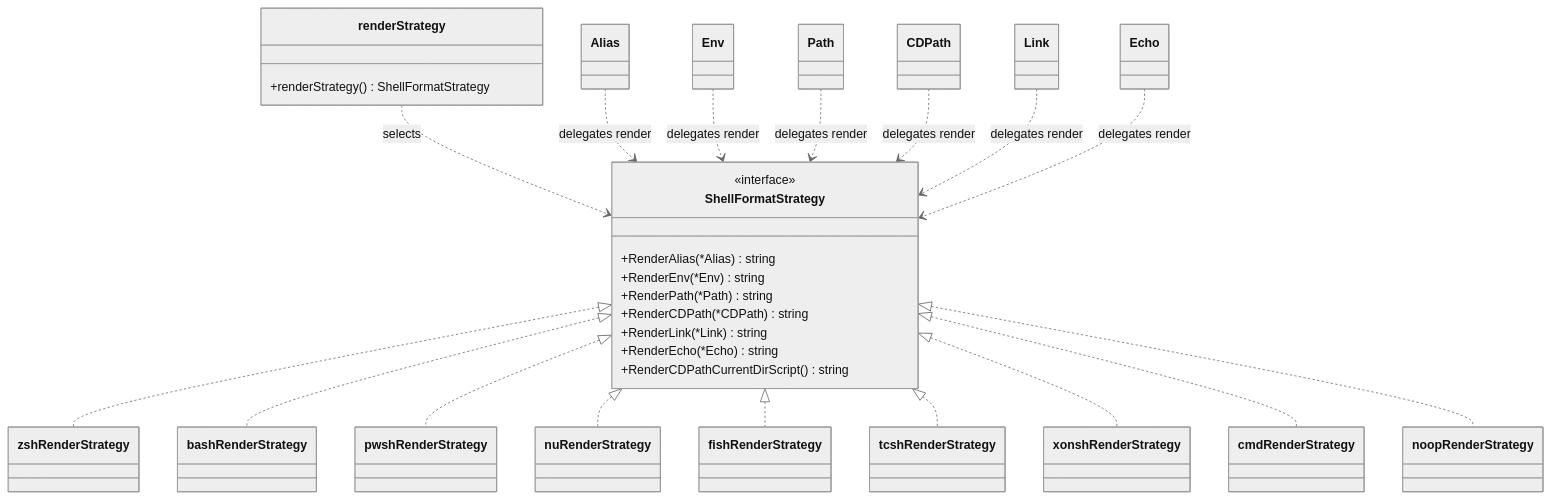
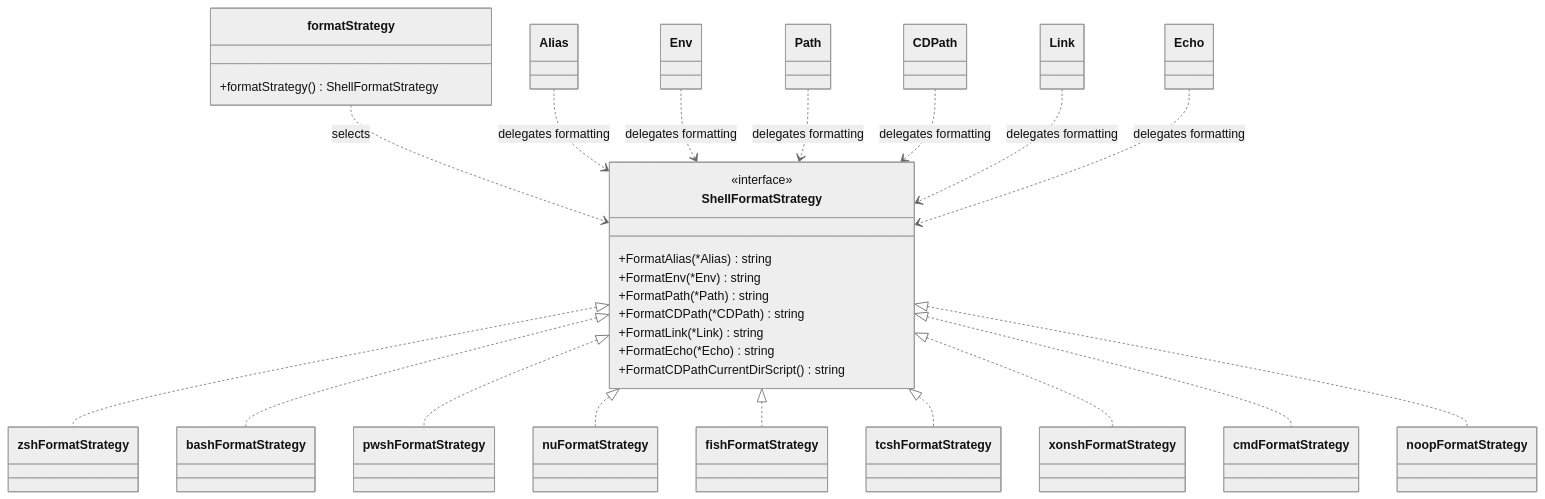
Before and after one commit to trajano/aliae: the first of 2 diagrams in website/docs/introduction.mdx, drawn with Mermaid (neutral theme). The commit also changed 17 other files, not shown here.

Commit message:
refactor: move shell formatting into format strategies

````diff
--- a/website/docs/introduction.mdx
+++ b/website/docs/introduction.mdx
@@ -83,52 +83,52 @@
 ```mermaid
 classDiagram
-    class renderStrategy {
-      +renderStrategy() ShellFormatStrategy
+    class formatStrategy {
+      +formatStrategy() ShellFormatStrategy
     }
 
     class ShellFormatStrategy {
       <<interface>>
-      +RenderAlias(*Alias) string
-      +RenderEnv(*Env) string
-      +RenderPath(*Path) string
-      +RenderCDPath(*CDPath) string
-      +RenderLink(*Link) string
-      +RenderEcho(*Echo) string
-      +RenderCDPathCurrentDirScript() string
+      +FormatAlias(*Alias) string
+      +FormatEnv(*Env) string
+      +FormatPath(*Path) string
+      +FormatCDPath(*CDPath) string
+      +FormatLink(*Link) string
+      +FormatEcho(*Echo) string
+      +FormatCDPathCurrentDirScript() string
     }
 
-    class zshRenderStrategy
-    class bashRenderStrategy
-    class pwshRenderStrategy
-    class nuRenderStrategy
-    class fishRenderStrategy
-    class tcshRenderStrategy
-    class xonshRenderStrategy
-    class cmdRenderStrategy
-    class noopRenderStrategy
+    class zshFormatStrategy
+    class bashFormatStrategy
+    class pwshFormatStrategy
+    class nuFormatStrategy
+    class fishFormatStrategy
+    class tcshFormatStrategy
+    class xonshFormatStrategy
+    class cmdFormatStrategy
+    class noopFormatStrategy
 
     class Alias
     class Env
     class Path
     class CDPath
     class Link
     class Echo
 
-    renderStrategy ..> ShellFormatStrategy : selects
-    ShellFormatStrategy <|.. zshRenderStrategy
-    ShellFormatStrategy <|.. bashRenderStrategy
-    ShellFormatStrategy <|.. pwshRenderStrategy
-    ShellFormatStrategy <|.. nuRenderStrategy
-    ShellFormatStrategy <|.. fishRenderStrategy
-    ShellFormatStrategy <|.. tcshRenderStrategy
-    ShellFormatStrategy <|.. xonshRenderStrategy
-    ShellFormatStrategy <|.. cmdRenderStrategy
-    ShellFormatStrategy <|.. noopRenderStrategy
+    formatStrategy ..> ShellFormatStrategy : selects
+    ShellFormatStrategy <|.. zshFormatStrategy
+    ShellFormatStrategy <|.. bashFormatStrategy
+    ShellFormatStrategy <|.. pwshFormatStrategy
+    ShellFormatStrategy <|.. nuFormatStrategy
+    ShellFormatStrategy <|.. fishFormatStrategy
+    ShellFormatStrategy <|.. tcshFormatStrategy
+    ShellFormatStrategy <|.. xonshFormatStrategy
+    ShellFormatStrategy <|.. cmdFormatStrategy
+    ShellFormatStrategy <|.. noopFormatStrategy
 
-    Alias ..> ShellFormatStrategy : delegates render
-    Env ..> ShellFormatStrategy : delegates render
-    Path ..> ShellFormatStrategy : delegates render
-    CDPath ..> ShellFormatStrategy : delegates render
-    Link ..> ShellFormatStrategy : delegates render
-    Echo ..> ShellFormatStrategy : delegates render
+    Alias ..> ShellFormatStrategy : delegates formatting
+    Env ..> ShellFormatStrategy : delegates formatting
+    Path ..> ShellFormatStrategy : delegates formatting
+    CDPath ..> ShellFormatStrategy : delegates formatting
+    Link ..> ShellFormatStrategy : delegates formatting
+    Echo ..> ShellFormatStrategy : delegates formatting
 ```
````
